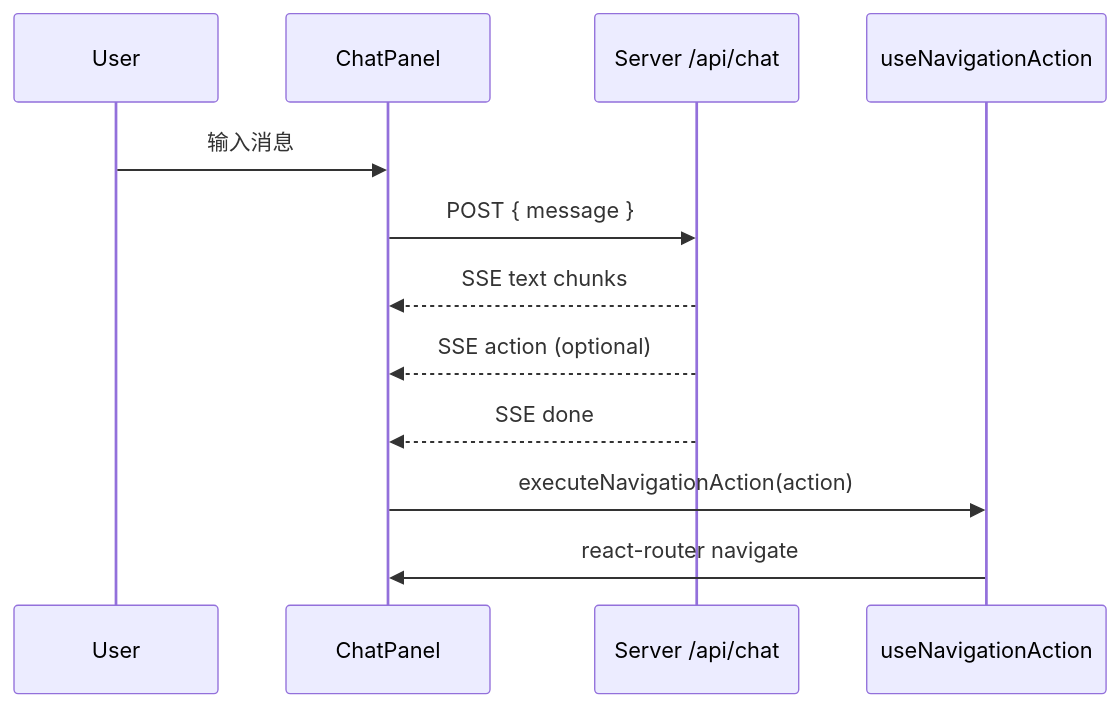
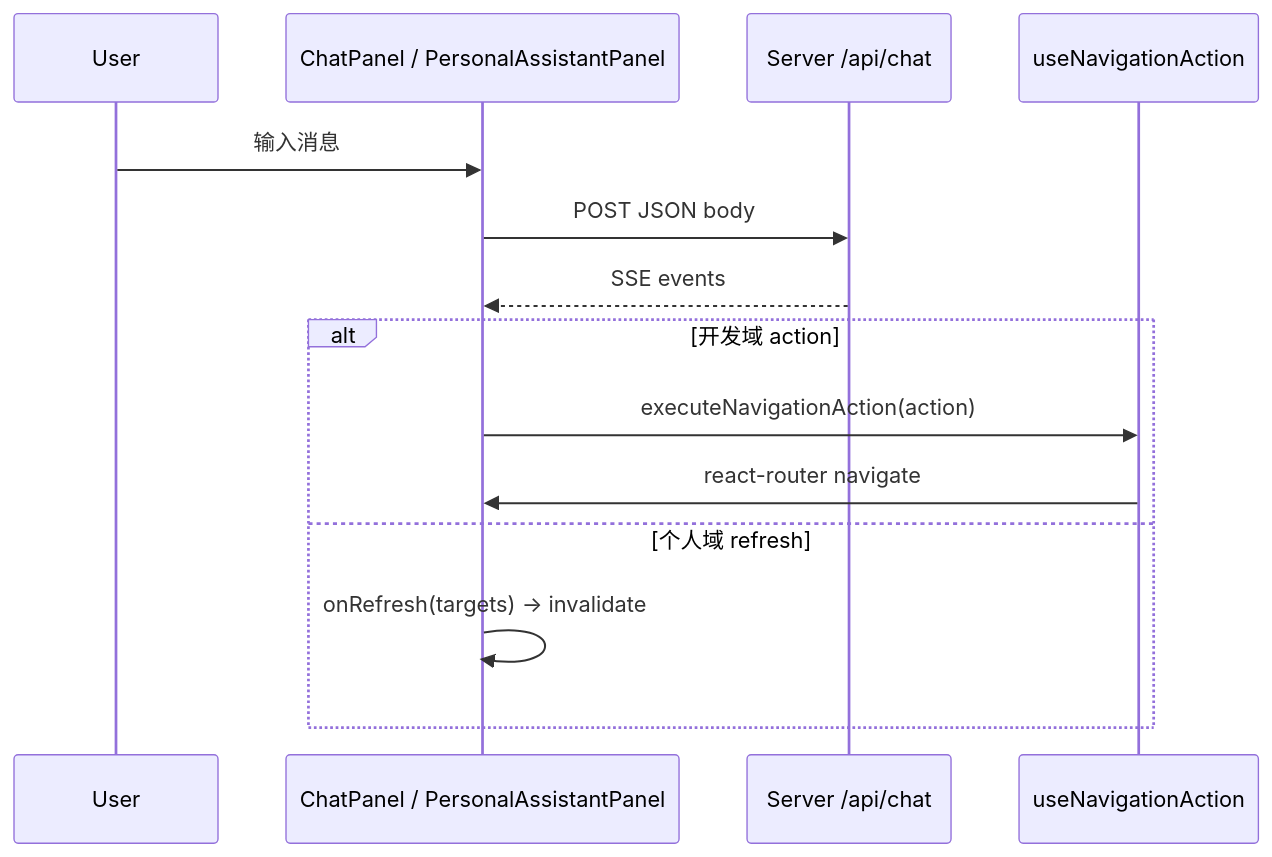
Before and after one commit to Neo-share/personal-work-dashboard: the second of 2 diagrams in client/ARCHITECTURE.md, drawn with Mermaid. The commit also changed other lines of this file and 5 other files, not shown here.

First line of the commit message:
AI: #000000 同步各包 AGENTS 与 ARCHITECTURE 文档

````diff
--- a/client/ARCHITECTURE.md
+++ b/client/ARCHITECTURE.md
@@ -138,15 +156,17 @@
 ```mermaid
 sequenceDiagram
   participant U as User
-  participant C as ChatPanel
+  participant C as ChatPanel / PersonalAssistantPanel
   participant S as Server /api/chat
   participant N as useNavigationAction
 
   U->>C: 输入消息
-  C->>S: POST { message }
-  S-->>C: SSE text chunks
-  S-->>C: SSE action (optional)
-  S-->>C: SSE done
-  C->>N: executeNavigationAction(action)
-  N->>C: react-router navigate
+  C->>S: POST JSON body
+  S-->>C: SSE events
+  alt 开发域 action
+    C->>N: executeNavigationAction(action)
+    N->>C: react-router navigate
+  else 个人域 refresh
+    C->>C: onRefresh(targets) → invalidate
+  end
 ```
````
